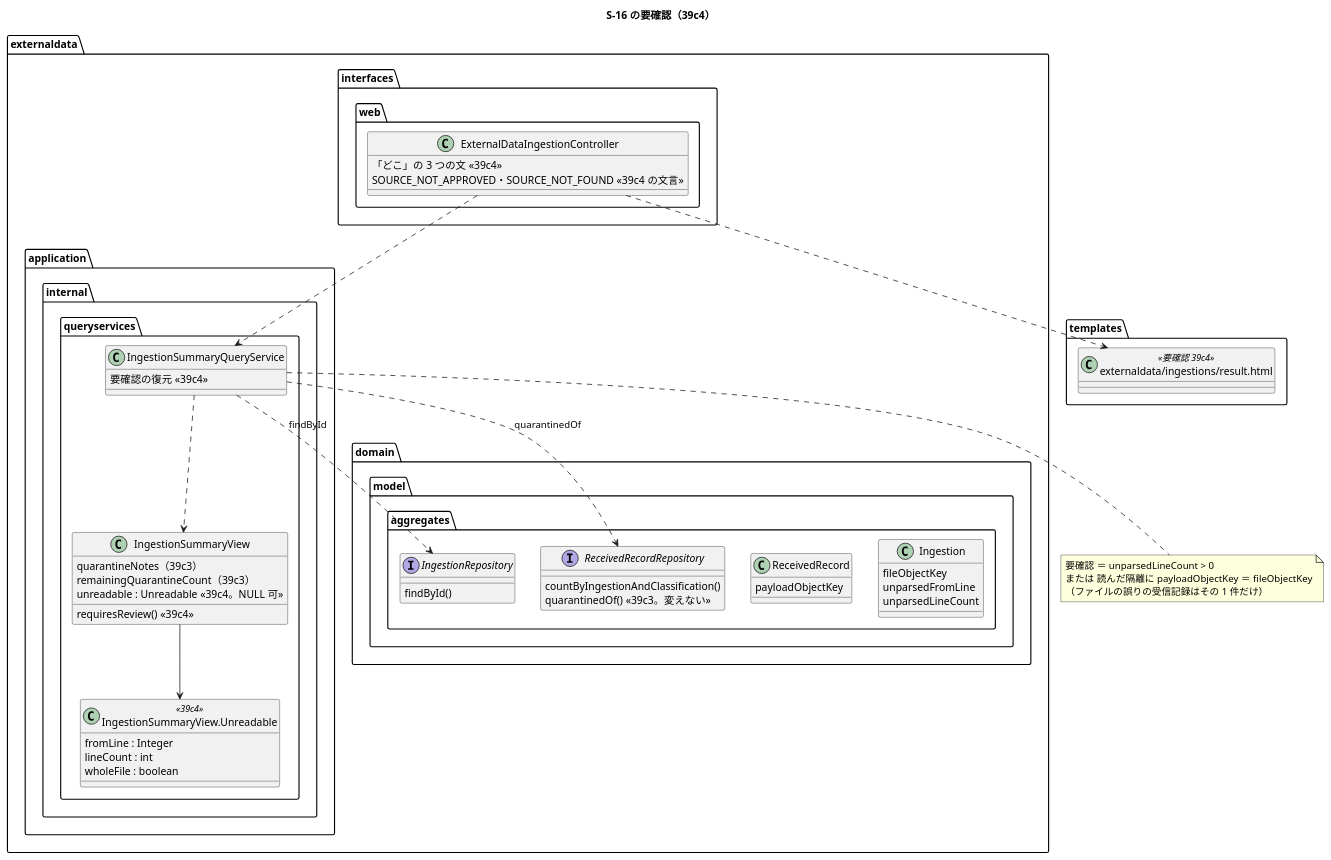
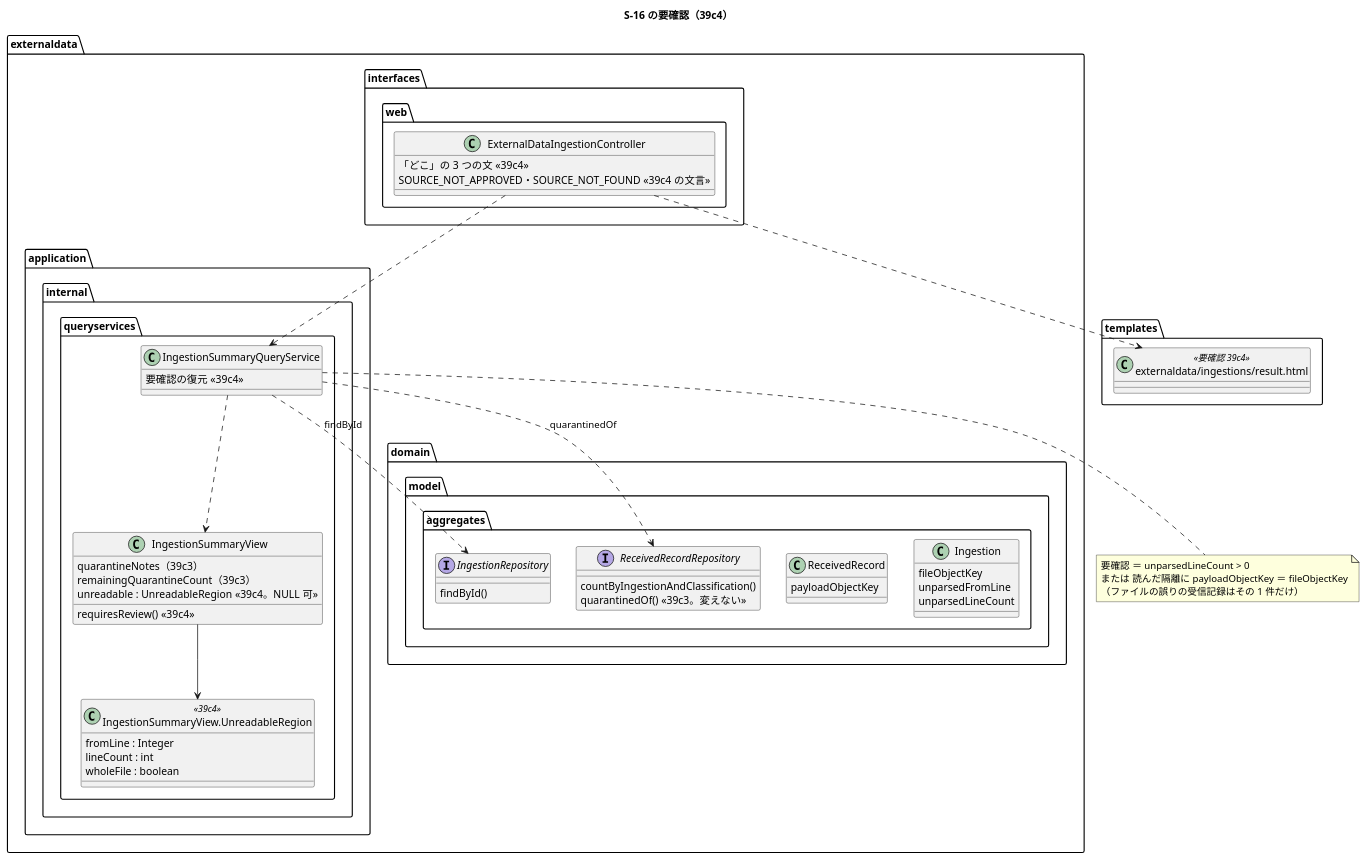
The fourth of 5 diagrams in docs/development/cargo-tracker/bolt_39c4_plan.md (k2works/practical-domain-driven-design-in-enterpris-application), drawn with PlantUML before and after one commit. The commit also changed other lines of this file and 2 other files, not shown here.

````diff
--- a/docs/development/cargo-tracker/bolt_39c4_plan.md
+++ b/docs/development/cargo-tracker/bolt_39c4_plan.md
@@ -240,58 +245,58 @@
 ```plantuml
 @startuml
 title S-16 の要確認（39c4）
 package "externaldata.interfaces.web" {
   class ExternalDataIngestionController {
     「どこ」の 3 つの文 <<39c4>>
     SOURCE_NOT_APPROVED・SOURCE_NOT_FOUND <<39c4 の文言>>
   }
 }
 package "externaldata.application.internal.queryservices" {
   class IngestionSummaryQueryService {
     要確認の復元 <<39c4>>
   }
   class IngestionSummaryView {
     quarantineNotes（39c3）
     remainingQuarantineCount（39c3）
-    unreadable : Unreadable <<39c4。NULL 可>>
+    unreadable : UnreadableRegion <<39c4。NULL 可>>
     requiresReview() <<39c4>>
   }
-  class "IngestionSummaryView.Unreadable" as Unreadable <<39c4>> {
+  class "IngestionSummaryView.UnreadableRegion" as UnreadableRegion <<39c4>> {
     fromLine : Integer
     lineCount : int
     wholeFile : boolean
   }
 }
 package "externaldata.domain.model.aggregates" {
   class Ingestion {
     fileObjectKey
     unparsedFromLine
     unparsedLineCount
   }
   class ReceivedRecord {
     payloadObjectKey
   }
   interface IngestionRepository {
     findById()
   }
   interface ReceivedRecordRepository {
     countByIngestionAndClassification()
     quarantinedOf() <<39c3。変えない>>
   }
 }
 package "templates" {
   class "externaldata/ingestions/result.html" as ResultHtml <<要確認 39c4>>
 }
 ExternalDataIngestionController ..> IngestionSummaryQueryService
 ExternalDataIngestionController ..> ResultHtml
 IngestionSummaryQueryService ..> IngestionRepository : findById
 IngestionSummaryQueryService ..> ReceivedRecordRepository : quarantinedOf
 IngestionSummaryQueryService ..> IngestionSummaryView
-IngestionSummaryView --> Unreadable
+IngestionSummaryView --> UnreadableRegion
 note bottom of IngestionSummaryQueryService
   要確認 ＝ unparsedLineCount > 0
   または 読んだ隔離に payloadObjectKey ＝ fileObjectKey
   （ファイルの誤りの受信記録はその 1 件だけ）
 end note
 @enduml
 ```
````
